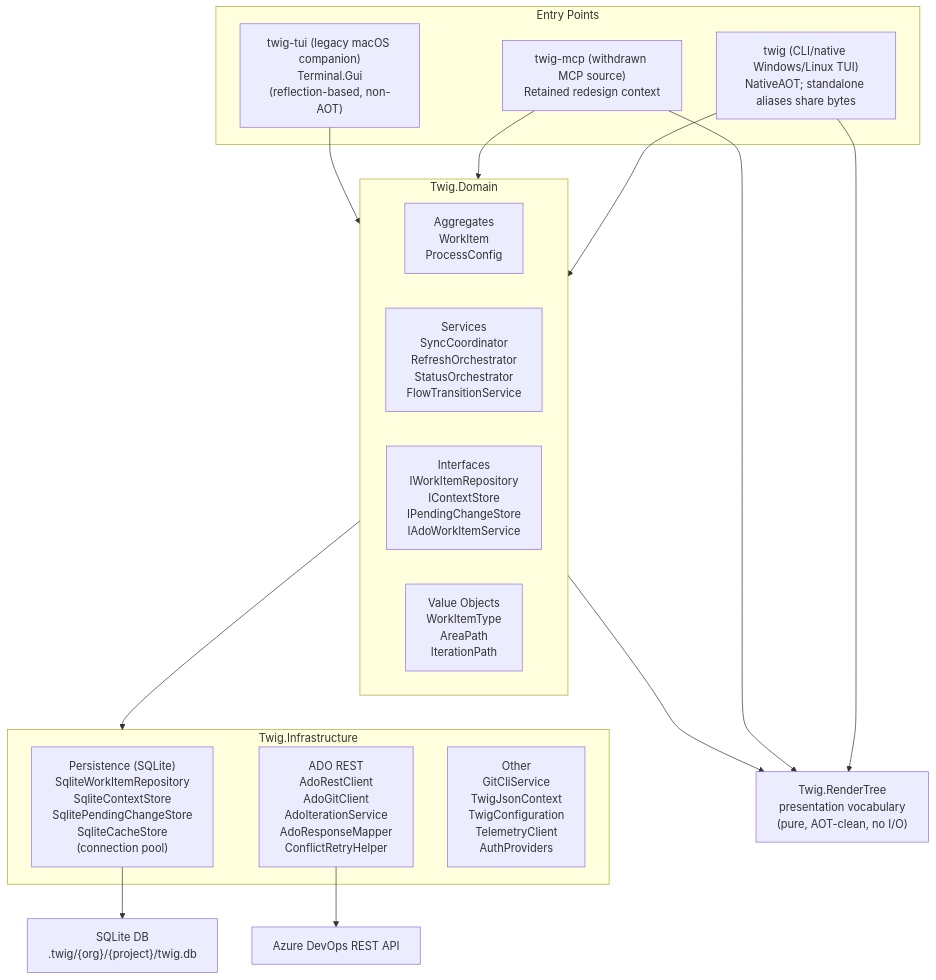
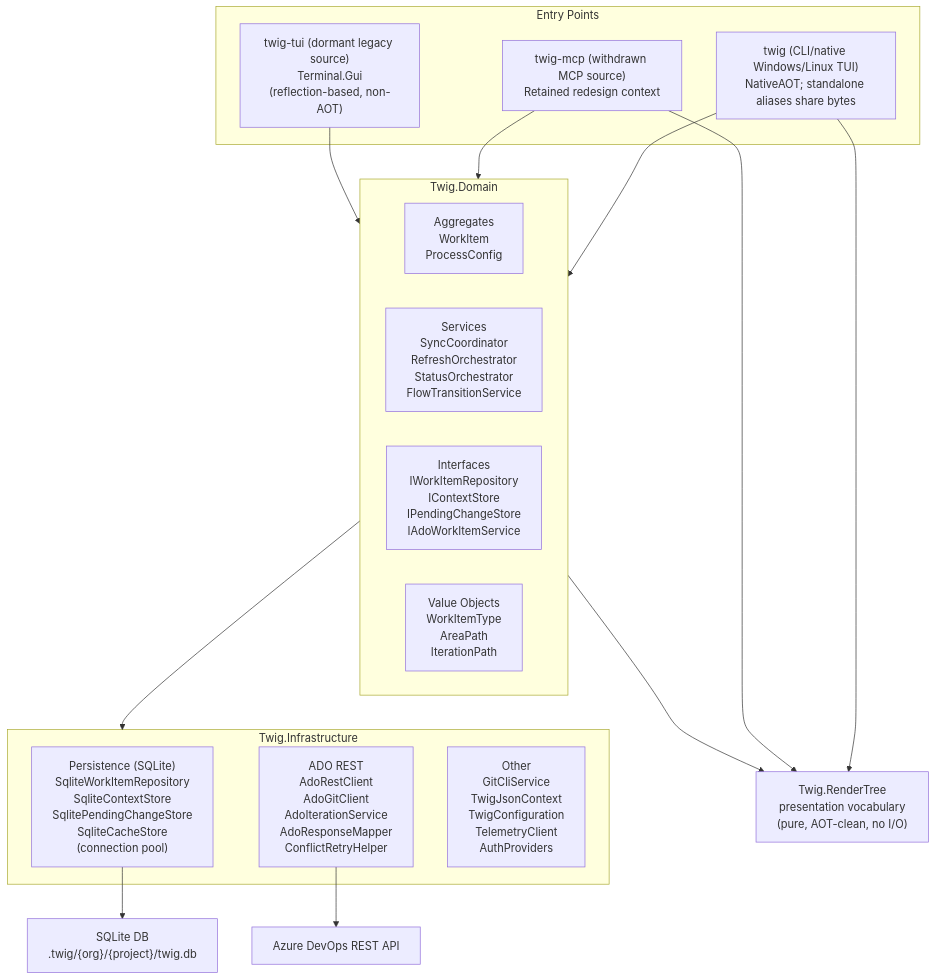
One commit to PolyphonyRequiem/twig changed the diagram in docs/architecture/overview.md. Above: the diagram before and after it, drawn with Mermaid. The commit also changed other lines of this file and 30 other files, not shown here.

````diff
--- a/docs/architecture/overview.md
+++ b/docs/architecture/overview.md
@@ -35,35 +32,35 @@
 ```mermaid
 graph TD
     subgraph Entry["Entry Points"]
         CLI["twig (CLI/native Windows/Linux TUI)<br/>NativeAOT; standalone aliases share bytes"]
         MCP["twig-mcp (withdrawn MCP source)<br/>Retained redesign context"]
-        TUI["twig-tui (legacy macOS companion)<br/>Terminal.Gui<br/>(reflection-based, non-AOT)"]
+        TUI["twig-tui (dormant legacy source)<br/>Terminal.Gui<br/>(reflection-based, non-AOT)"]
     end
 
     subgraph Domain["Twig.Domain"]
         Aggregates["Aggregates<br/>WorkItem<br/>ProcessConfig"]
         Services["Services<br/>SyncCoordinator<br/>RefreshOrchestrator<br/>StatusOrchestrator<br/>FlowTransitionService"]
         Interfaces["Interfaces<br/>IWorkItemRepository<br/>IContextStore<br/>IPendingChangeStore<br/>IAdoWorkItemService"]
         ValueObjects["Value Objects<br/>WorkItemType<br/>AreaPath<br/>IterationPath"]
     end
 
     subgraph Infra["Twig.Infrastructure"]
         Persistence["Persistence (SQLite)<br/>SqliteWorkItemRepository<br/>SqliteContextStore<br/>SqlitePendingChangeStore<br/>SqliteCacheStore<br/>(connection pool)"]
         AdoRest["ADO REST<br/>AdoRestClient<br/>AdoGitClient<br/>AdoIterationService<br/>AdoResponseMapper<br/>ConflictRetryHelper"]
         Other["Other<br/>GitCliService<br/>TwigJsonContext<br/>TwigConfiguration<br/>TelemetryClient<br/>AuthProviders"]
     end
 
     SQLite["SQLite DB<br/>.twig/{org}/{project}/twig.db"]
     ADO["Azure DevOps REST API"]
     RenderTree["Twig.RenderTree<br/>presentation vocabulary<br/>(pure, AOT-clean, no I/O)"]
 
     CLI --> Domain
     MCP --> Domain
     TUI --> Domain
     Domain --> Infra
     Domain --> RenderTree
     CLI --> RenderTree
     MCP --> RenderTree
     Persistence --> SQLite
     AdoRest --> ADO
 ```
````
